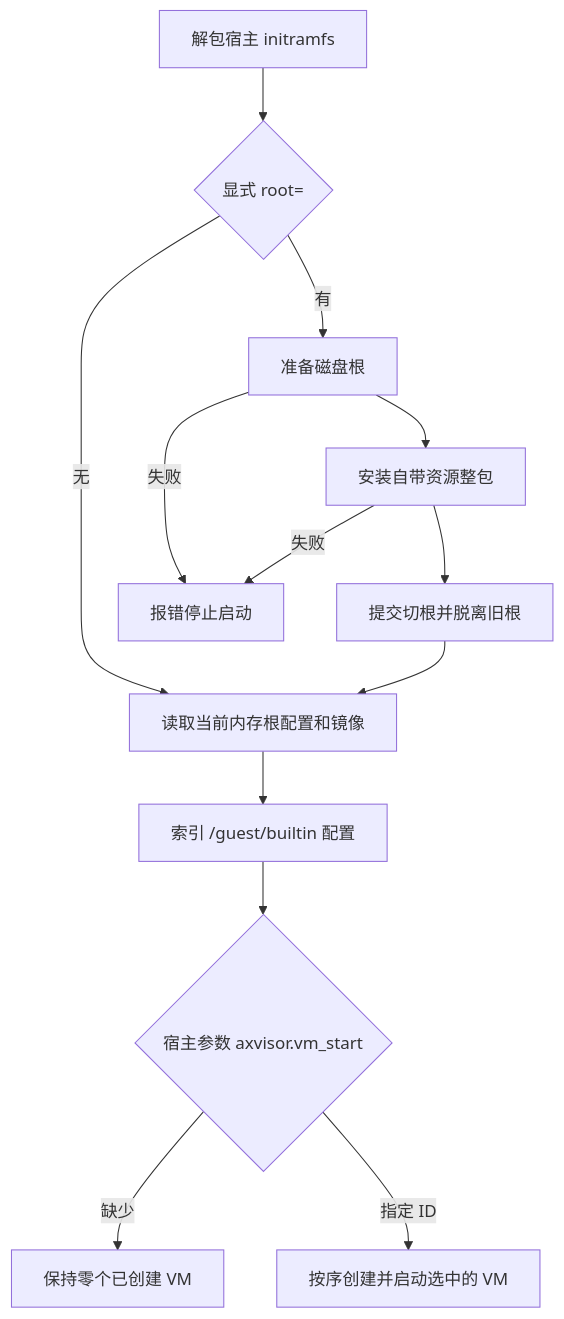
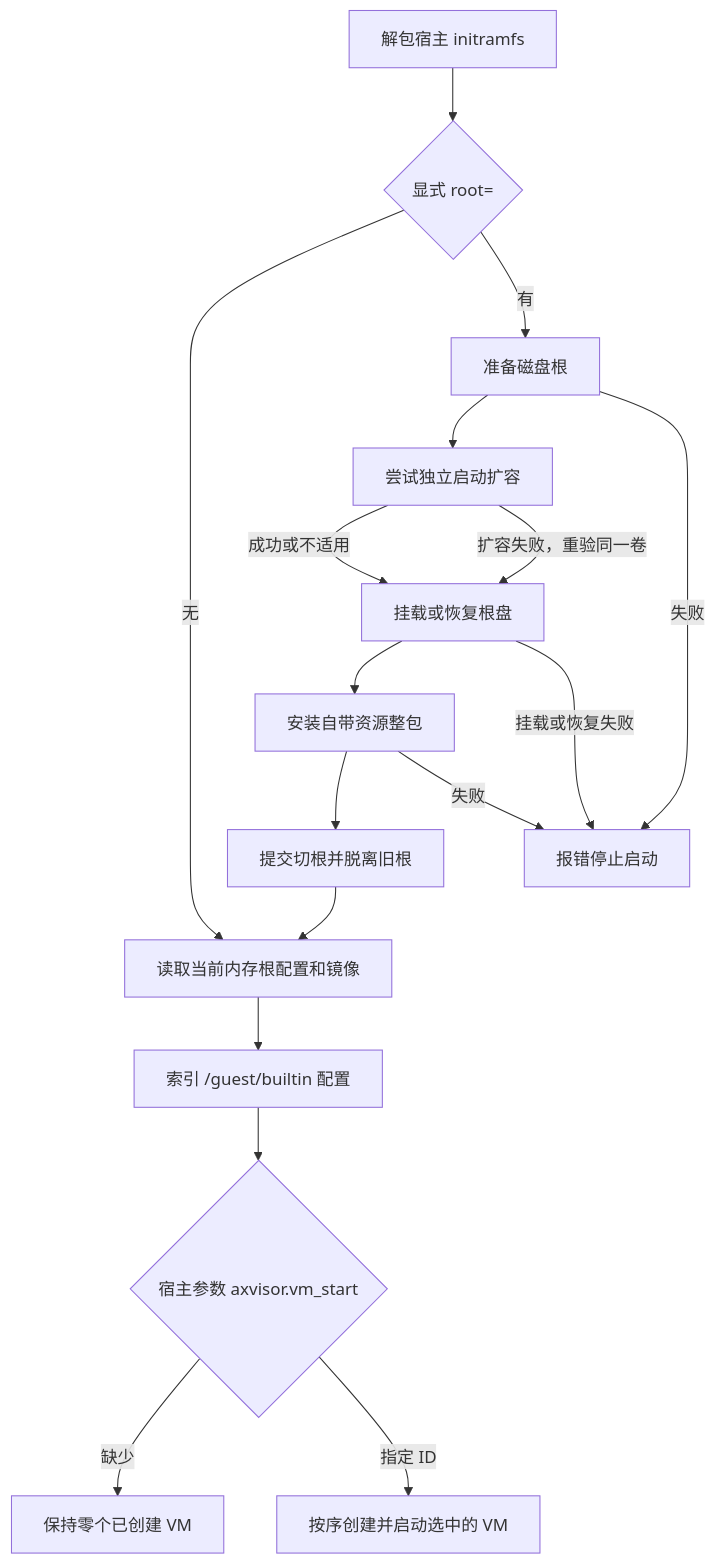
One commit to rcore-os/tgoskits changed the diagram in docs/docs/build/axvisor/runtime.md. Above: the diagram before and after it, drawn with Mermaid. The commit also changed other lines of this file and 267 other files, not shown here.

````diff
--- a/docs/docs/build/axvisor/runtime.md
+++ b/docs/docs/build/axvisor/runtime.md
@@ -14,15 +14,19 @@
 ```mermaid
 flowchart TD
     A[解包宿主 initramfs] --> B{显式 root=}
     B -->|无| G[读取当前内存根配置和镜像]
     B -->|有| C[准备磁盘根]
-    C --> D[安装自带资源整包]
+    C --> R[尝试独立启动扩容]
+    R -->|成功或不适用| M[挂载或恢复根盘]
+    R -->|扩容失败，重验同一卷| M
+    M --> D[安装自带资源整包]
+    M -->|挂载或恢复失败| F
     D --> E[提交切根并脱离旧根]
     E --> G
     C -->|失败| F[报错停止启动]
     D -->|失败| F
     G --> H[索引 /guest/builtin 配置]
     H --> I{宿主参数 axvisor.vm_start}
     I -->|缺少| J[保持零个已创建 VM]
     I -->|指定 ID| K[按序创建并启动选中的 VM]
 ```
````
